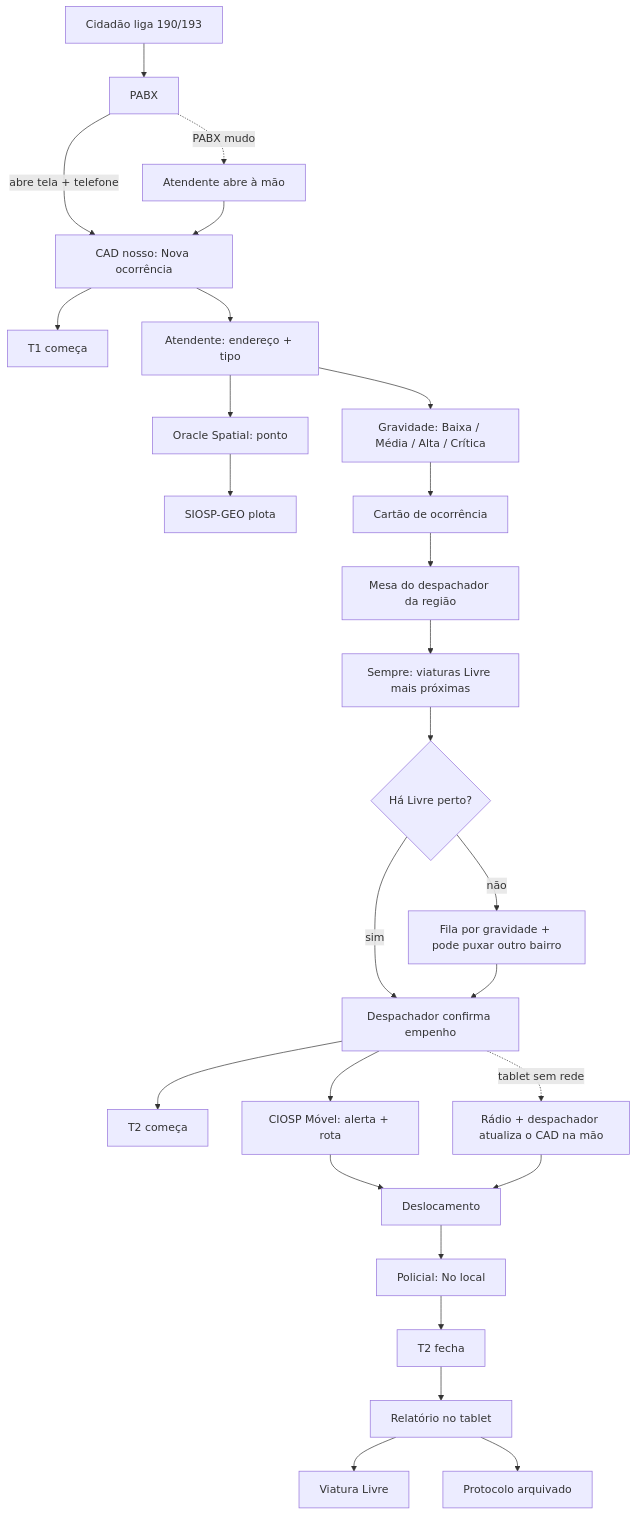
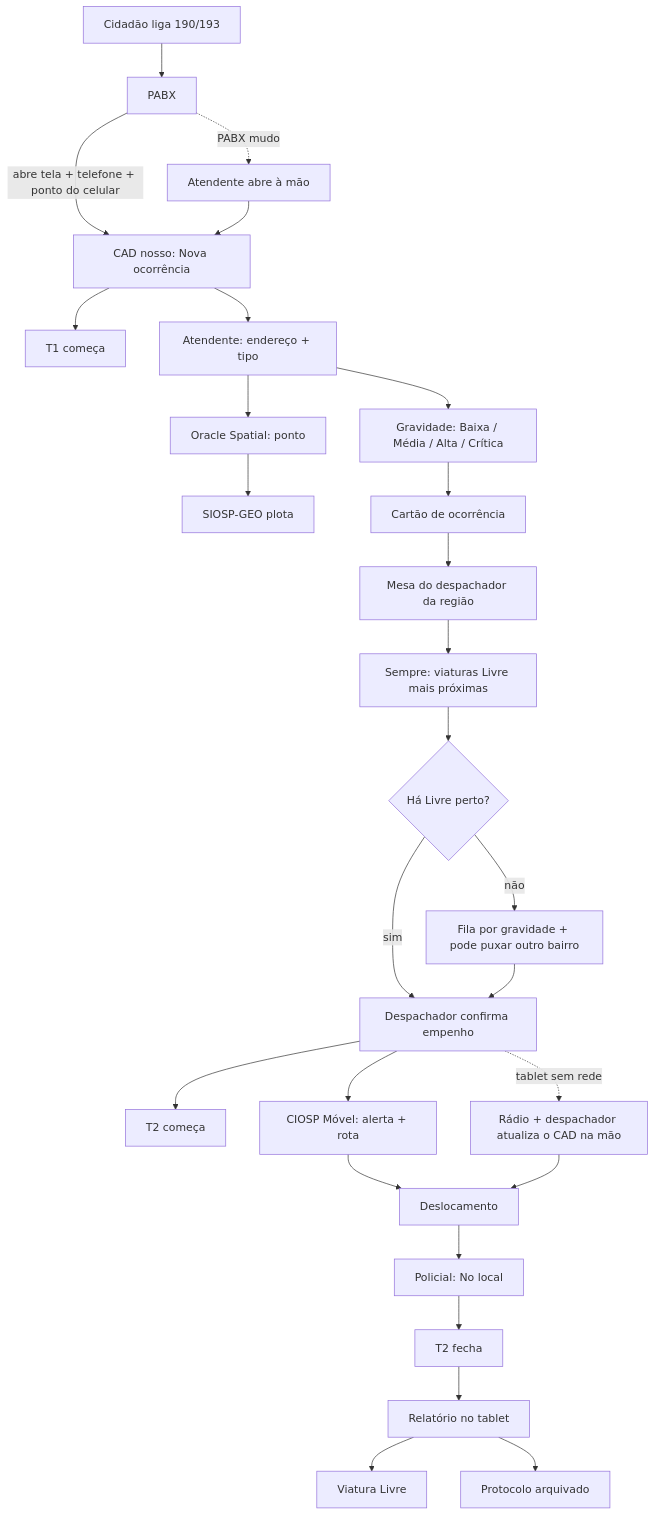
Before and after one commit to fmmcbaficdev/cicc: the second of 2 diagrams in docs/product/jornada.md, drawn with Mermaid. The commit also changed other lines of this file and 52 other files, not shown here.

````diff
--- a/docs/product/jornada.md
+++ b/docs/product/jornada.md
@@ -14,29 +14,29 @@
 ```mermaid
 flowchart TD
   Cid[Cidadão liga 190/193] --> PABX[PABX]
-  PABX -->|abre tela + telefone| CAD[CAD nosso: Nova ocorrência]
+  PABX -->|abre tela + telefone + ponto do celular| CAD[CAD nosso: Nova ocorrência]
   PABX -.->|PABX mudo| Manual[Atendente abre à mão]
   Manual --> CAD
   CAD --> T1[T1 começa]
   CAD --> Digita[Atendente: endereço + tipo]
   Digita --> Spatial[Oracle Spatial: ponto]
   Spatial --> Mapa[SIOSP-GEO plota]
   Digita --> Grav[Gravidade: Baixa / Média / Alta / Crítica]
   Grav --> Cartao[Cartão de ocorrência]
   Cartao --> Mesa[Mesa do despachador da região]
   Mesa --> Prox[Sempre: viaturas Livre mais próximas]
   Prox --> Tem{Há Livre perto?}
   Tem -->|sim| Empenha[Despachador confirma empenho]
   Tem -->|não| Fila[Fila por gravidade + pode puxar outro bairro]
   Fila --> Empenha
   Empenha --> T2[T2 começa]
   Empenha --> Movel[CIOSP Móvel: alerta + rota]
   Empenha -.->|tablet sem rede| Radio[Rádio + despachador atualiza o CAD na mão]
   Movel --> Rua[Deslocamento]
   Radio --> Rua
   Rua --> NoLocal[Policial: No local]
   NoLocal --> T2fim[T2 fecha]
   T2fim --> Relato[Relatório no tablet]
   Relato --> Livre[Viatura Livre]
   Relato --> Arquiva[Protocolo arquivado]
 ```
````
